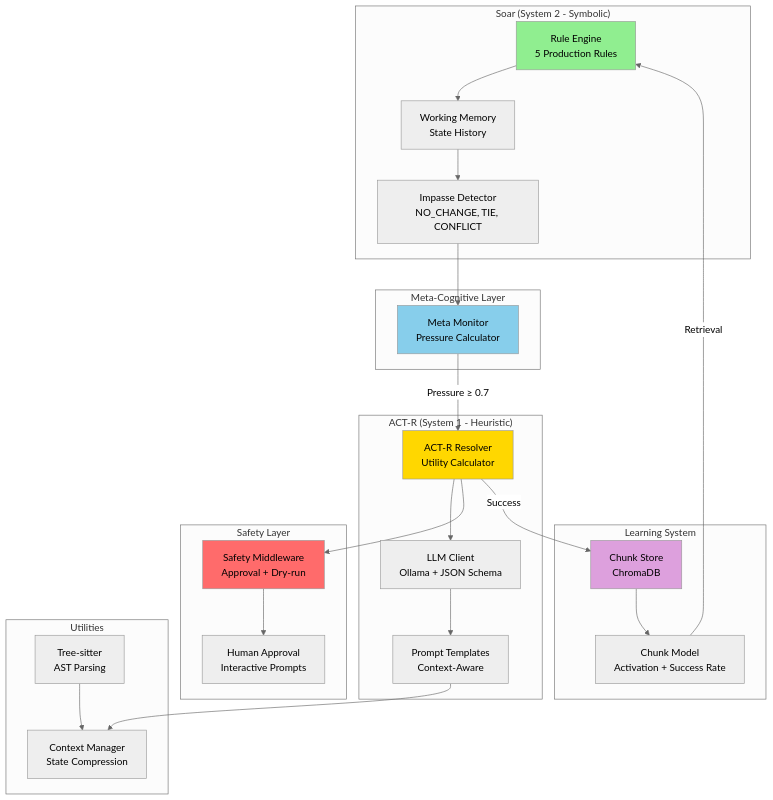
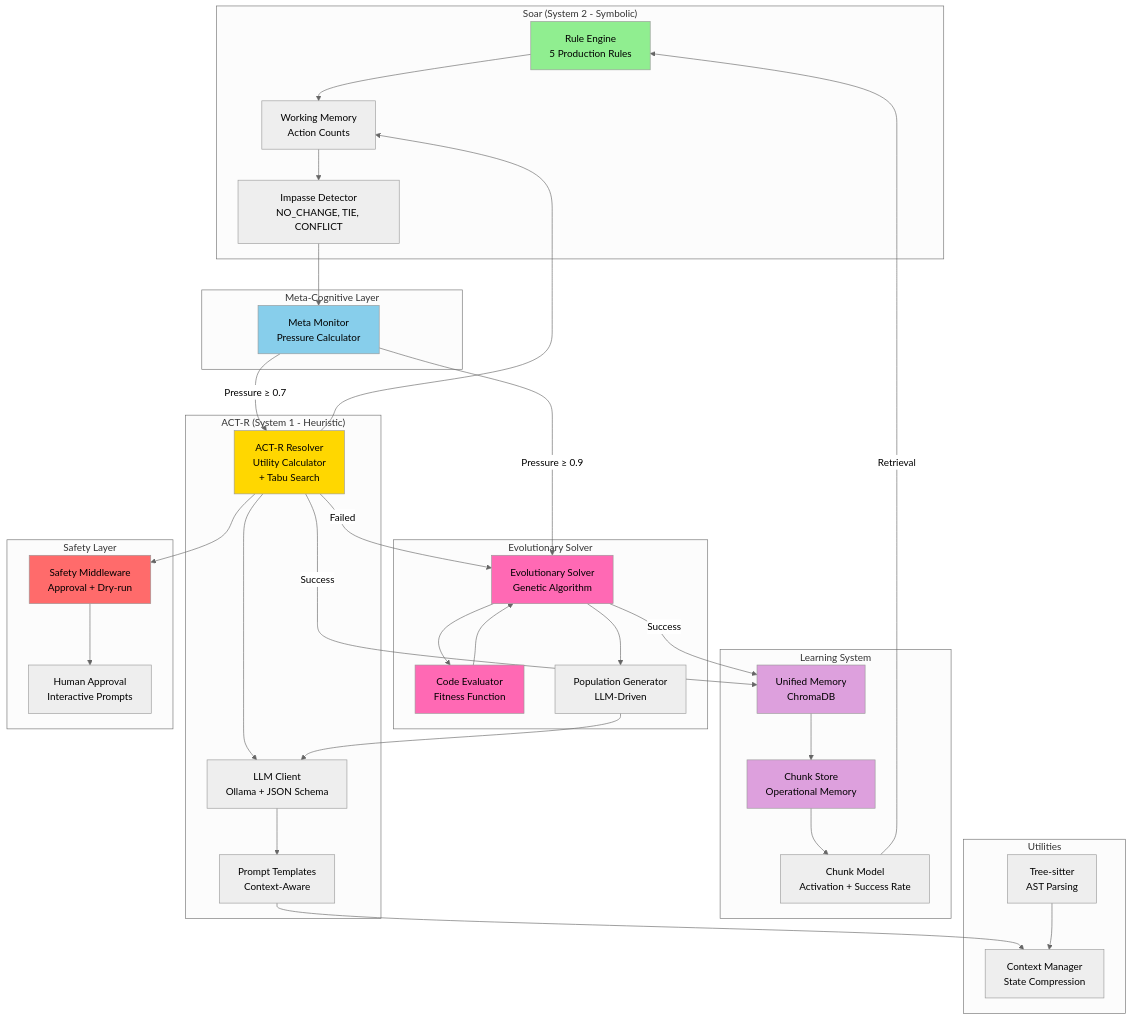
One commit to yogthos/cognitive-hydraulics changed the third of 3 diagrams in README.md. Above: the diagram before and after it, drawn with Mermaid (neutral theme). The commit also changed other lines of this file and 5 other files, not shown here.

````diff
--- a/README.md
+++ b/README.md
@@ -370,53 +407,73 @@
 ```mermaid
 graph TB
     subgraph "Soar (System 2 - Symbolic)"
         RE[Rule Engine<br/>5 Production Rules]
         WM[Working Memory<br/>State History]
         ID[Impasse Detector<br/>NO_CHANGE, TIE, CONFLICT]
     end
 
     subgraph "Meta-Cognitive Layer"
         MM[Meta Monitor<br/>Pressure Calculator]
     end
 
     subgraph "ACT-R (System 1 - Heuristic)"
-        AR[ACT-R Resolver<br/>Utility Calculator]
+        AR[ACT-R Resolver<br/>Utility Calculator<br/>+ Tabu Search]
         LC[LLM Client<br/>Ollama + JSON Schema]
         PT[Prompt Templates<br/>Context-Aware]
+        WM[Working Memory<br/>Action Counts]
+    end
+
+    subgraph "Evolutionary Solver"
+        ES[Evolutionary Solver<br/>Genetic Algorithm]
+        CE[Code Evaluator<br/>Fitness Function]
+        GP[Population Generator<br/>LLM-Driven]
     end
 
     subgraph "Learning System"
-        CS[Chunk Store<br/>ChromaDB]
+        UM[Unified Memory<br/>ChromaDB]
+        CS[Chunk Store<br/>Operational Memory]
         CH[Chunk Model<br/>Activation + Success Rate]
     end
 
     subgraph "Safety Layer"
         SM[Safety Middleware<br/>Approval + Dry-run]
         HA[Human Approval<br/>Interactive Prompts]
     end
 
     subgraph "Utilities"
         TS[Tree-sitter<br/>AST Parsing]
         CM[Context Manager<br/>State Compression]
     end
 
     RE --> WM
     WM --> ID
     ID --> MM
     MM -->|Pressure ≥ 0.7| AR
+    MM -->|Pressure ≥ 0.9| ES
     AR --> LC
+    AR --> WM
     LC --> PT
     PT --> CM
+    AR -->|Failed| ES
+    ES --> GP
+    GP --> LC
+    ES --> CE
+    CE --> ES
     AR --> SM
     SM --> HA
-    AR -->|Success| CS
+    AR -->|Success| UM
+    ES -->|Success| UM
+    UM --> CS
     CS --> CH
     CH -->|Retrieval| RE
     TS --> CM
 
     style RE fill:#90EE90
     style AR fill:#FFD700
     style MM fill:#87CEEB
+    style ES fill:#FF69B4
+    style CE fill:#FF69B4
+    style UM fill:#DDA0DD
     style CS fill:#DDA0DD
     style SM fill:#FF6B6B
 ```
````
